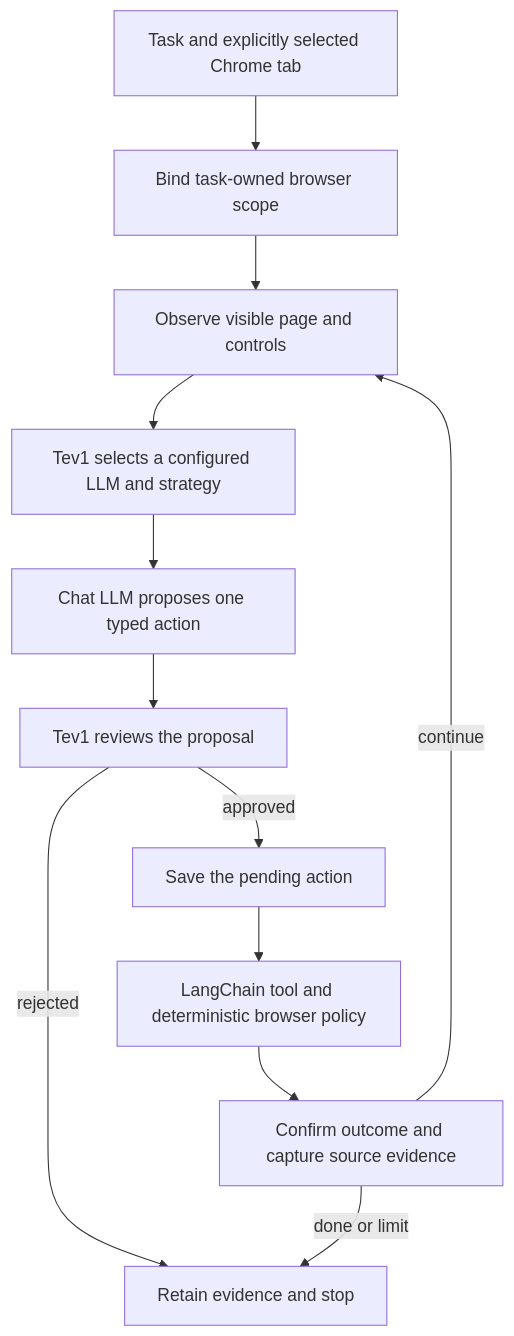
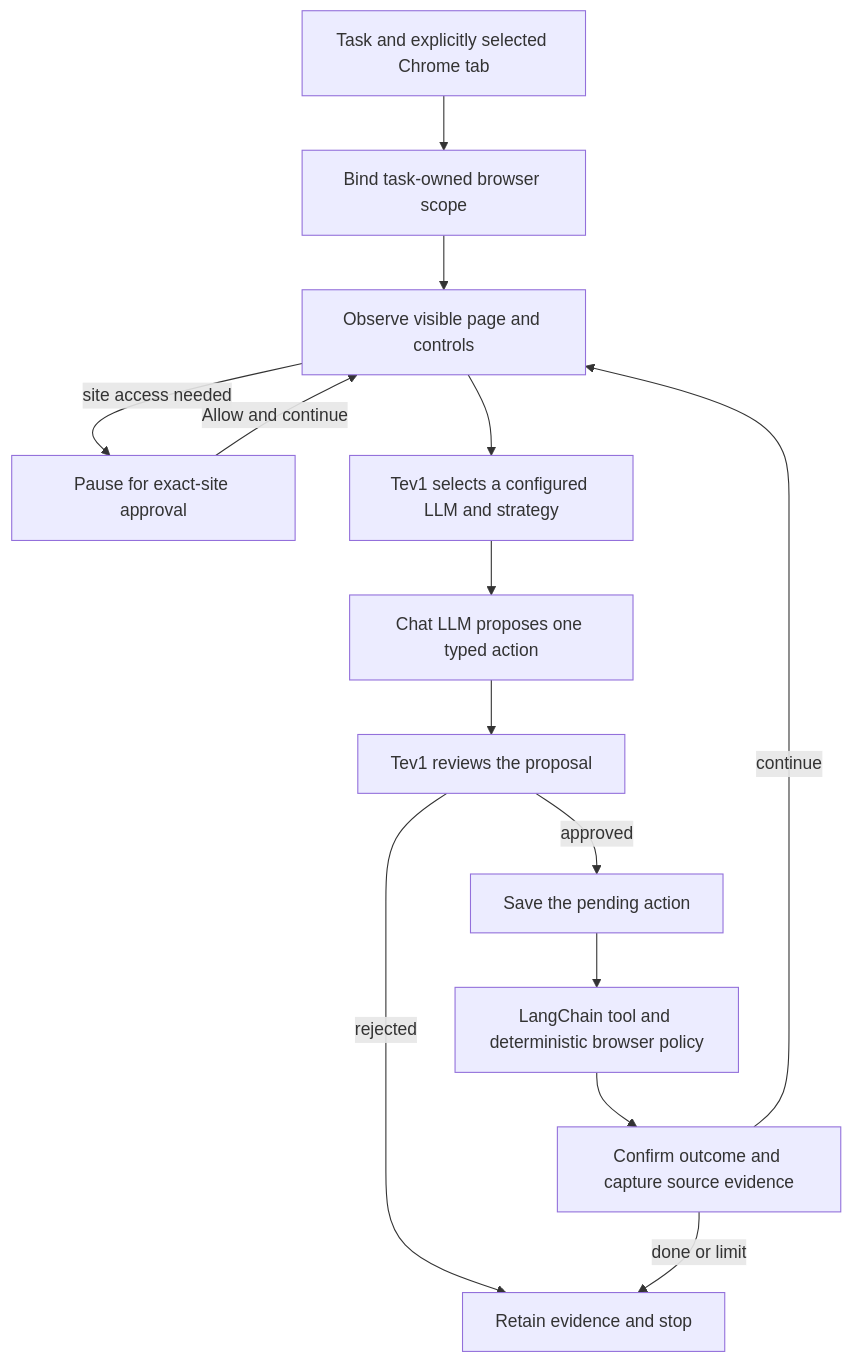
Before and after one commit to aimanyounises1/ollama-copilot: the diagram in README.md, drawn with Mermaid. The commit also changed other lines of this file and 12 other files, not shown here.

````diff
--- a/README.md
+++ b/README.md
@@ -9,14 +9,16 @@
 ```mermaid
 flowchart TD
   Task[Task and explicitly selected Chrome tab] --> Bind[Bind task-owned browser scope]
   Bind --> Observe[Observe visible page and controls]
+  Observe -->|site access needed| Permission[Pause for exact-site approval]
+  Permission -->|Allow and continue| Observe
   Observe --> Route[Tev1 selects a configured LLM and strategy]
   Route --> Plan[Chat LLM proposes one typed action]
   Plan --> Judge[Tev1 reviews the proposal]
   Judge -->|approved| Checkpoint[Save the pending action]
   Judge -->|rejected| Finish[Retain evidence and stop]
   Checkpoint --> Tool[LangChain tool and deterministic browser policy]
   Tool --> Capture[Confirm outcome and capture source evidence]
   Capture -->|continue| Observe
   Capture -->|done or limit| Finish
 ```
````
